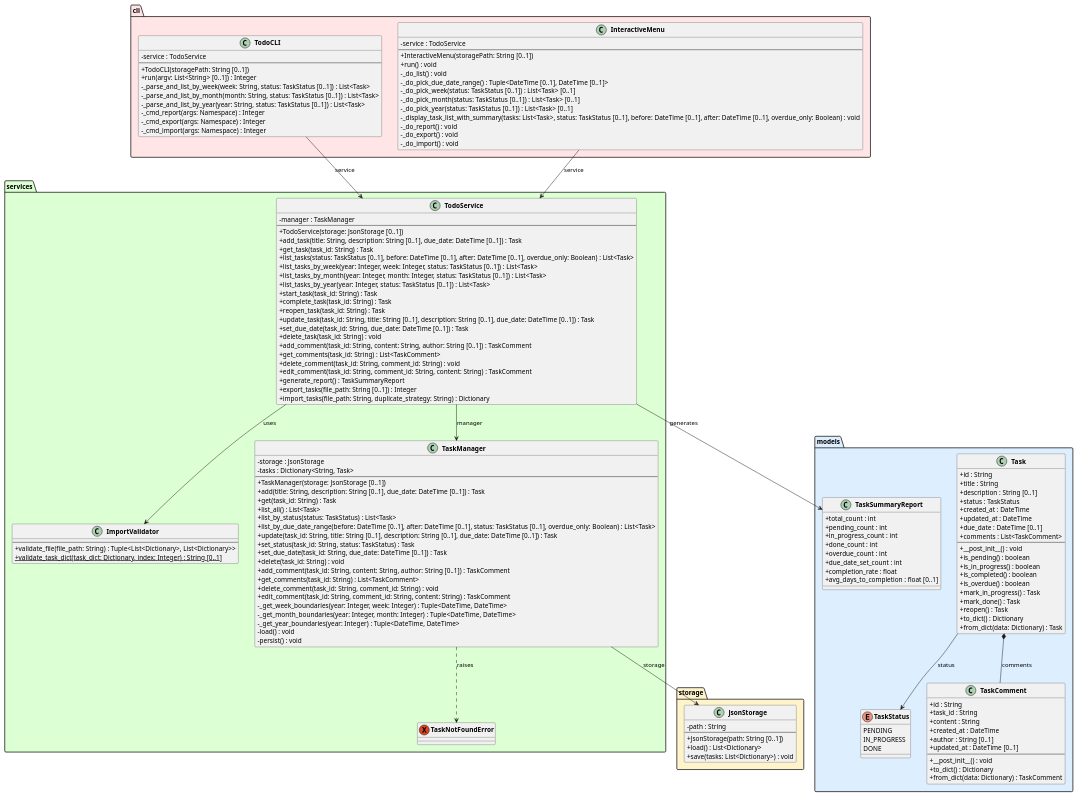
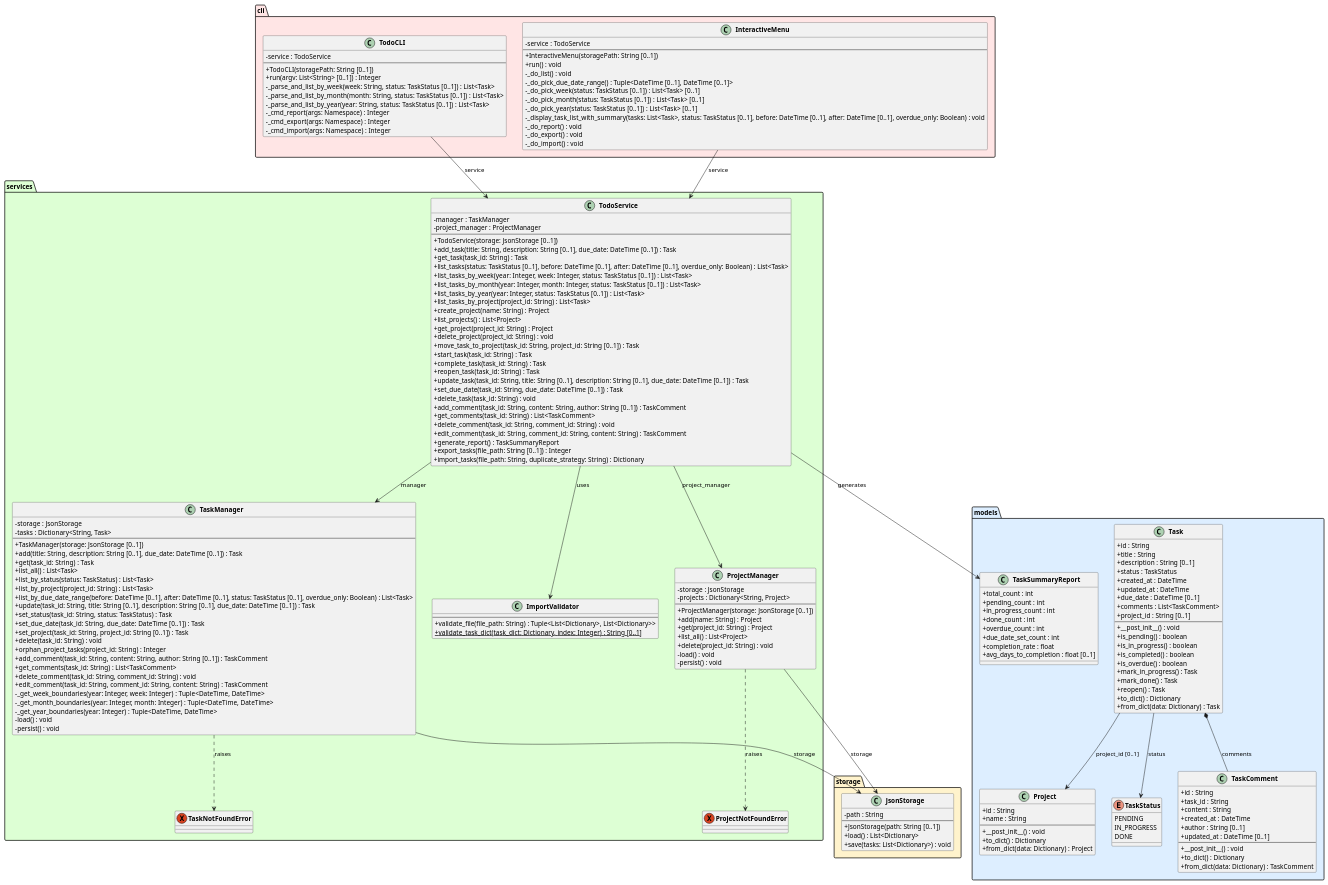
One commit to DanielRiha8906/Software_autoevolution_using_agents changed the diagram in experiments/pipeline/user_stories/TODO/artifacts/class_diagram.puml. Above: the diagram before and after it, drawn with PlantUML. The commit also changed 20 other files, not shown here.

First line of the commit message:
task 08 | pipeline / user_stories / TODO | Implement project grouping

```diff
--- a/experiments/pipeline/user_stories/TODO/artifacts/class_diagram.puml
+++ b/experiments/pipeline/user_stories/TODO/artifacts/class_diagram.puml
@@ -19,6 +19,7 @@
         +updated_at : DateTime
         +due_date : DateTime [0..1]
         +comments : List<TaskComment>
+        +project_id : String [0..1]
         --
         +__post_init__() : void
         +is_pending() : boolean
@@ -45,6 +46,15 @@
         +from_dict(data: Dictionary) : TaskComment
     }
 
+    class Project {
+        +id : String
+        +name : String
+        --
+        +__post_init__() : void
+        +to_dict() : Dictionary
+        +from_dict(data: Dictionary) : Project
+    }
+
     class TaskSummaryReport {
         +total_count : int
         +pending_count : int
@@ -69,6 +79,7 @@
 
 package "services" #DDFFD4 {
     exception TaskNotFoundError
+    exception ProjectNotFoundError
 
     class ImportValidator {
         --
@@ -85,11 +96,14 @@
         +get(task_id: String) : Task
         +list_all() : List<Task>
         +list_by_status(status: TaskStatus) : List<Task>
+        +list_by_project(project_id: String) : List<Task>
         +list_by_due_date_range(before: DateTime [0..1], after: DateTime [0..1], status: TaskStatus [0..1], overdue_only: Boolean) : List<Task>
         +update(task_id: String, title: String [0..1], description: String [0..1], due_date: DateTime [0..1]) : Task
         +set_status(task_id: String, status: TaskStatus) : Task
         +set_due_date(task_id: String, due_date: DateTime [0..1]) : Task
+        +set_project(task_id: String, project_id: String [0..1]) : Task
         +delete(task_id: String) : void
+        +orphan_project_tasks(project_id: String) : Integer
         +add_comment(task_id: String, content: String, author: String [0..1]) : TaskComment
         +get_comments(task_id: String) : List<TaskComment>
         +delete_comment(task_id: String, comment_id: String) : void
@@ -101,8 +115,22 @@
         -persist() : void
     }
 
+    class ProjectManager {
+        -storage : JsonStorage
+        -projects : Dictionary<String, Project>
+        --
+        +ProjectManager(storage: JsonStorage [0..1])
+        +add(name: String) : Project
+        +get(project_id: String) : Project
+        +list_all() : List<Project>
+        +delete(project_id: String) : void
+        -load() : void
+        -persist() : void
+    }
+
     class TodoService {
         -manager : TaskManager
+        -project_manager : ProjectManager
         --
         +TodoService(storage: JsonStorage [0..1])
         +add_task(title: String, description: String [0..1], due_date: DateTime [0..1]) : Task
@@ -111,6 +139,12 @@
         +list_tasks_by_week(year: Integer, week: Integer, status: TaskStatus [0..1]) : List<Task>
         +list_tasks_by_month(year: Integer, month: Integer, status: TaskStatus [0..1]) : List<Task>
         +list_tasks_by_year(year: Integer, status: TaskStatus [0..1]) : List<Task>
+        +list_tasks_by_project(project_id: String) : List<Task>
+        +create_project(name: String) : Project
+        +list_projects() : List<Project>
+        +get_project(project_id: String) : Project
+        +delete_project(project_id: String) : void
+        +move_task_to_project(task_id: String, project_id: String [0..1]) : Task
         +start_task(task_id: String) : Task
         +complete_task(task_id: String) : Task
         +reopen_task(task_id: String) : Task
@@ -160,10 +194,14 @@
 
 Task --> TaskStatus : status
 Task *-- TaskComment : comments
+Task --> Project : project_id [0..1]
 TodoService --> TaskSummaryReport : generates
 TaskManager --> JsonStorage : storage
 TaskManager ..> TaskNotFoundError : raises
+ProjectManager --> JsonStorage : storage
+ProjectManager ..> ProjectNotFoundError : raises
 TodoService --> TaskManager : manager
+TodoService --> ProjectManager : project_manager
 TodoService --> ImportValidator : uses
 TodoCLI --> TodoService : service
 InteractiveMenu --> TodoService : service
```
